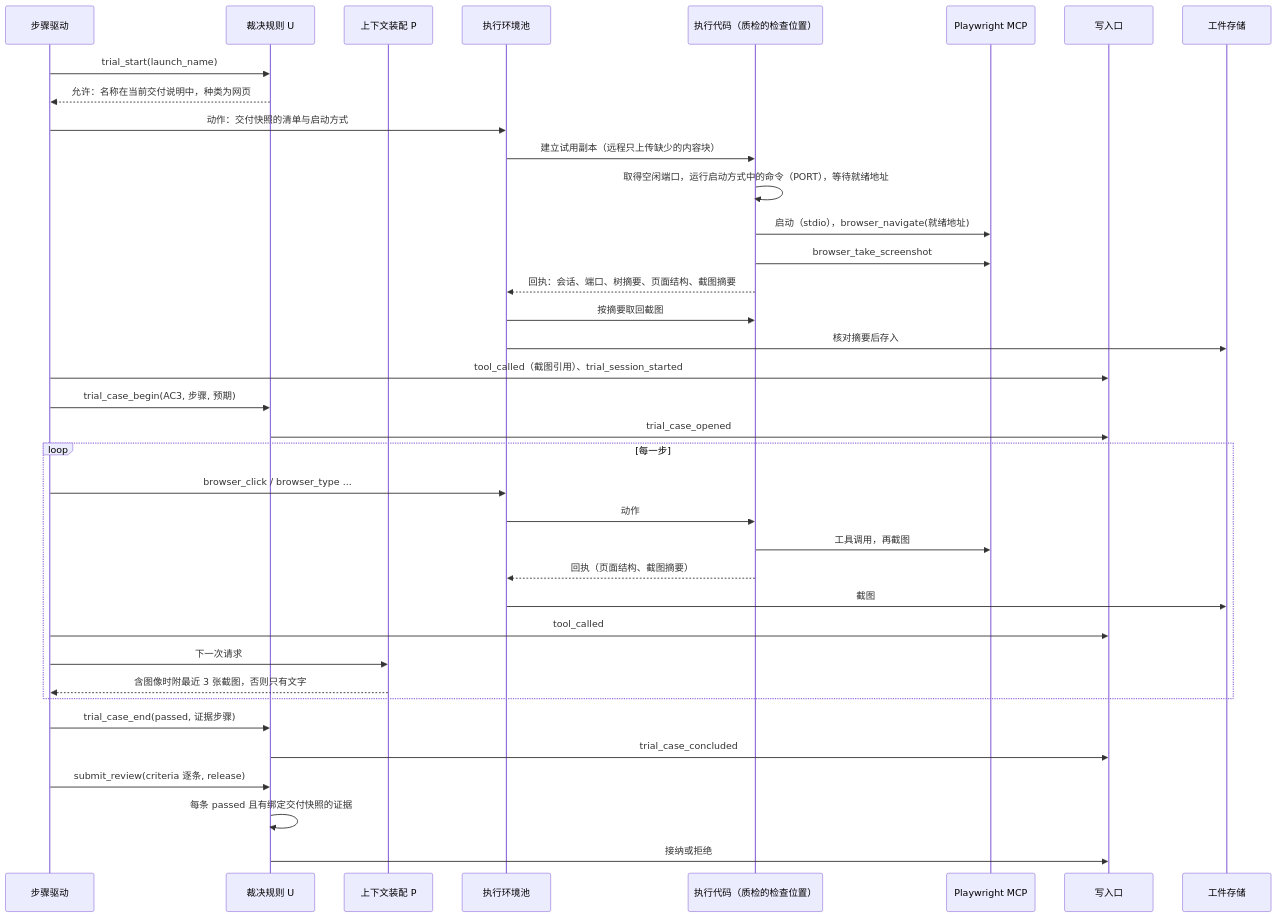
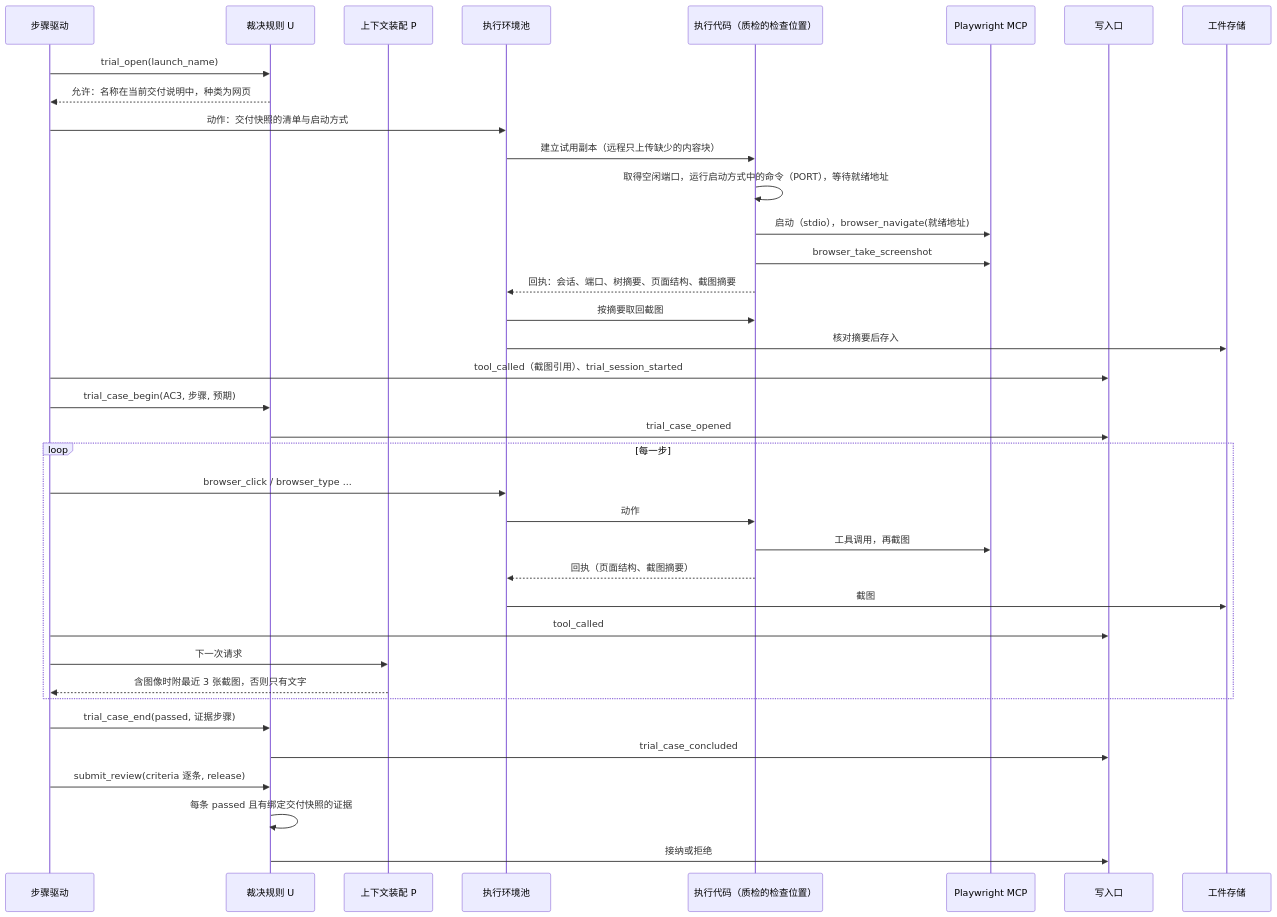
Before and after one commit to bender2333/yudao: the third of 5 diagrams in docs/design/browser-and-computer-use.md, drawn with Mermaid. The commit also changed other lines of this file and 12 other files, not shown here.

````diff
--- a/docs/design/browser-and-computer-use.md
+++ b/docs/design/browser-and-computer-use.md
@@ -433,39 +434,39 @@
 ```mermaid
 sequenceDiagram
   participant S as 步骤驱动
   participant U as 裁决规则 U
   participant P as 上下文装配 P
   participant Pool as 执行环境池
   participant A as 执行代码（质检的检查位置）
   participant M as Playwright MCP
   participant W as 写入口
   participant Art as 工件存储
-  S->>U: trial_start(launch_name)
+  S->>U: trial_open(launch_name)
   U-->>S: 允许：名称在当前交付说明中，种类为网页
   S->>Pool: 动作：交付快照的清单与启动方式
   Pool->>A: 建立试用副本（远程只上传缺少的内容块）
   A->>A: 取得空闲端口，运行启动方式中的命令（PORT），等待就绪地址
   A->>M: 启动（stdio），browser_navigate(就绪地址)
   A->>M: browser_take_screenshot
   A-->>Pool: 回执：会话、端口、树摘要、页面结构、截图摘要
   Pool->>A: 按摘要取回截图
   Pool->>Art: 核对摘要后存入
   S->>W: tool_called（截图引用）、trial_session_started
   S->>U: trial_case_begin(AC3, 步骤, 预期)
   U->>W: trial_case_opened
   loop 每一步
     S->>Pool: browser_click / browser_type ...
     Pool->>A: 动作
     A->>M: 工具调用，再截图
     A-->>Pool: 回执（页面结构、截图摘要）
     Pool->>Art: 截图
     S->>W: tool_called
     S->>P: 下一次请求
     P-->>S: 含图像时附最近 3 张截图，否则只有文字
   end
   S->>U: trial_case_end(passed, 证据步骤)
   U->>W: trial_case_concluded
   S->>U: submit_review(criteria 逐条, release)
   U->>U: 每条 passed 且有绑定交付快照的证据
   U->>W: 接纳或拒绝
 ```
````
